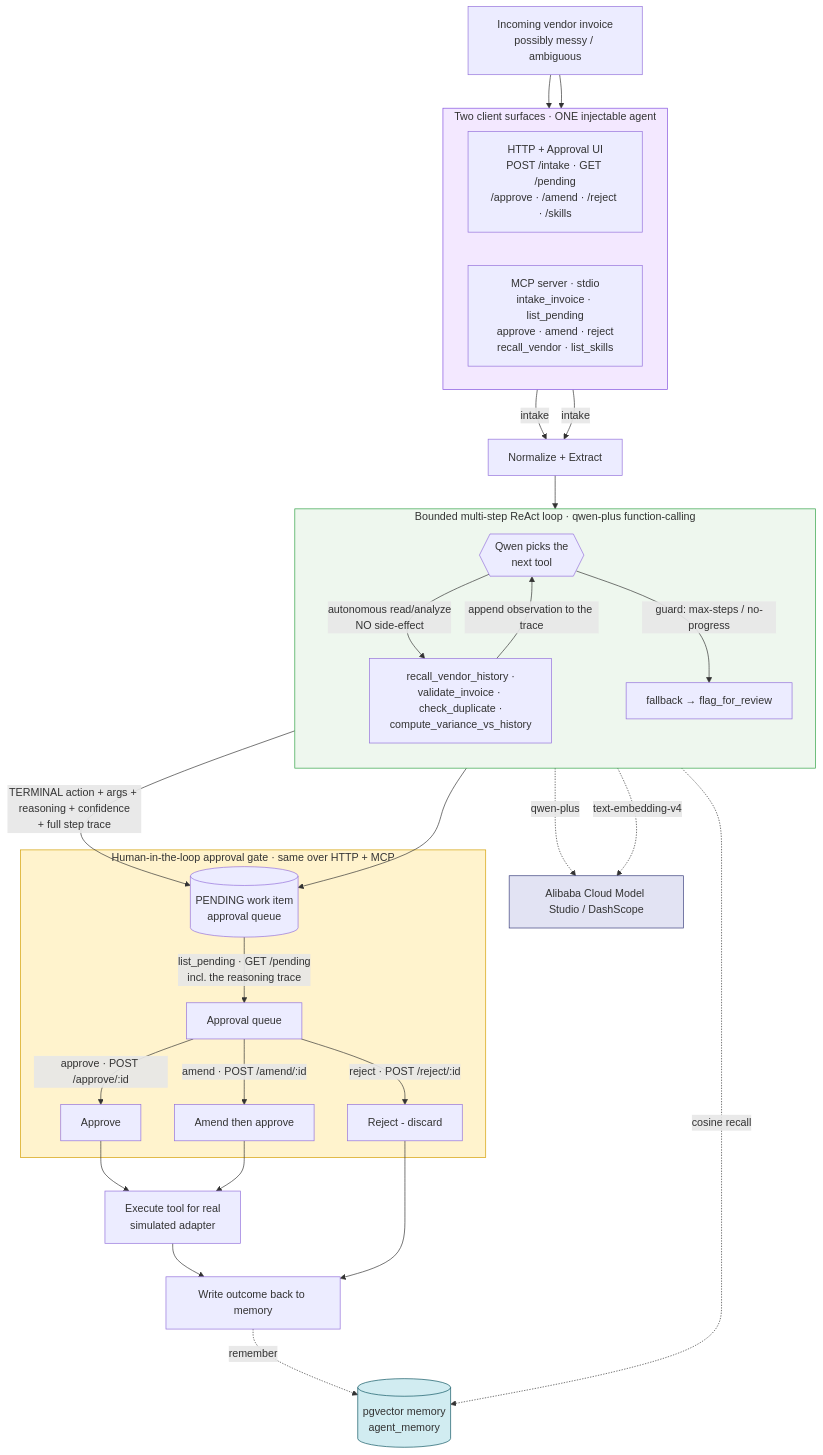
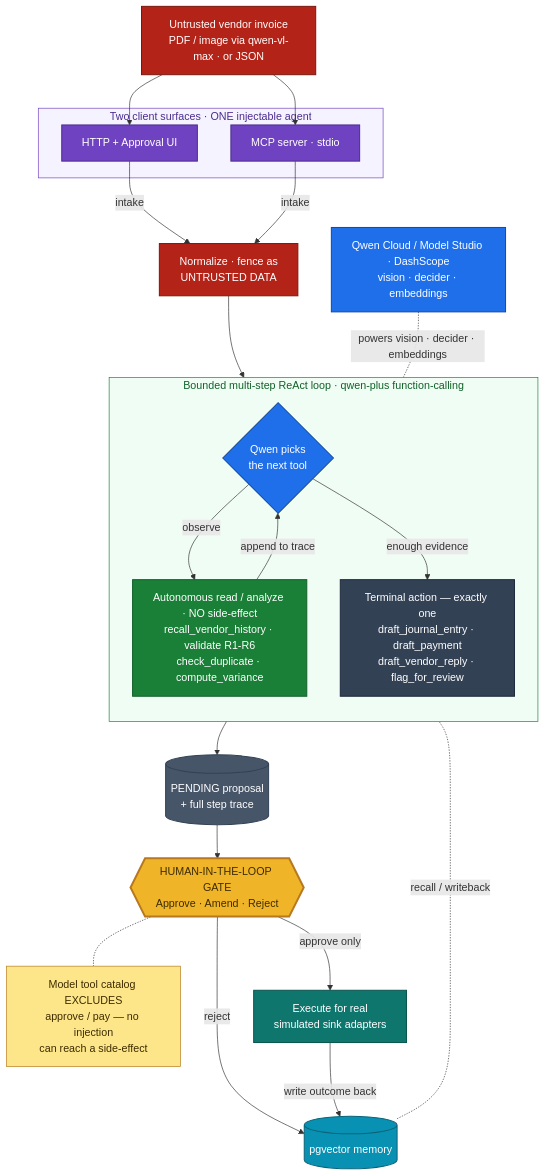
The diagram in README.md (upgradedev/archon-qwen-autopilot), drawn with Mermaid before and after one commit. The commit also changed other lines of this file and 3 other files, not shown here.

First line of the commit message:
docs(readme): redesign architecture diagram for contrast, legibility, no overlaps

````diff
--- a/README.md
+++ b/README.md
@@ -98,50 +102,58 @@
 ```mermaid
 flowchart TD
-    C[Incoming vendor invoice<br/>possibly messy / ambiguous]
+    IN["Untrusted vendor invoice<br/>PDF / image via qwen-vl-max &middot; or JSON"]:::untrusted
 
-    subgraph SURF [Two client surfaces · ONE injectable agent]
-      direction LR
-      HTTP[HTTP + Approval UI<br/>POST /intake · GET /pending<br/>/approve · /amend · /reject · /skills]
-      MCP[MCP server · stdio<br/>intake_invoice · list_pending<br/>approve · amend · reject<br/>recall_vendor · list_skills]
+    subgraph SURF["Two client surfaces &middot; ONE injectable agent"]
+      HTTP["HTTP + Approval UI"]:::surface
+      MCP["MCP server &middot; stdio"]:::surface
     end
 
-    C --> HTTP
-    C --> MCP
-    HTTP -->|intake| N[Normalize + Extract]
-    MCP -->|intake| N
+    NORM["Normalize &middot; fence as<br/>UNTRUSTED DATA"]:::untrusted
 
-    subgraph LOOP [Bounded multi-step ReAct loop · qwen-plus function-calling]
+    subgraph LOOP["Bounded multi-step ReAct loop &middot; qwen-plus function-calling"]
       direction TB
-      D{{Qwen picks the<br/>next tool}}
-      D -->|autonomous read/analyze<br/>NO side-effect| T[recall_vendor_history ·<br/>validate_invoice · check_duplicate ·<br/>compute_variance_vs_history]
-      T -->|append observation to the trace| D
-      D -->|guard: max-steps / no-progress| G[fallback → flag_for_review]
+      DEC{"Qwen picks<br/>the next tool"}:::ai
+      READ["Autonomous read / analyze &middot; NO side-effect<br/>recall_vendor_history &middot; validate R1-R6<br/>check_duplicate &middot; compute_variance"]:::auto
+      TERM["Terminal action &mdash; exactly one<br/>draft_journal_entry &middot; draft_payment<br/>draft_vendor_reply &middot; flag_for_review"]:::terminal
+      DEC -->|observe| READ
+      READ -->|append to trace| DEC
+      DEC -->|enough evidence| TERM
     end
 
-    N --> D
-    D -->|TERMINAL action + args + reasoning + confidence<br/>+ full step trace| P[(PENDING work item<br/>approval queue)]
-    G --> P
+    PEND[("PENDING proposal<br/>+ full step trace")]:::pending
+    GATE{{"HUMAN-IN-THE-LOOP GATE<br/>Approve &middot; Amend &middot; Reject"}}:::gate
+    NOTE["Model tool catalog EXCLUDES<br/>approve / pay &mdash; no injection<br/>can reach a side-effect"]:::guard
+    EXE["Execute for real<br/>simulated sink adapters"]:::exec
 
-    subgraph HITL [Human-in-the-loop approval gate · same over HTTP + MCP]
-      P -->|list_pending · GET /pending<br/>incl. the reasoning trace| Q[Approval queue]
-      Q -->|approve · POST /approve/:id| A[Approve]
-      Q -->|amend · POST /amend/:id| M[Amend then approve]
-      Q -->|reject · POST /reject/:id| X[Reject - discard]
-    end
+    MEM[("pgvector memory")]:::memory
+    QWEN["Qwen Cloud / Model Studio &middot; DashScope<br/>vision &middot; decider &middot; embeddings"]:::ai
 
-    A --> E[Execute tool for real<br/>simulated adapter]
-    M --> E
-    E --> W[Write outcome back to memory]
-    X --> W
+    IN --> HTTP
+    IN --> MCP
+    HTTP -->|intake| NORM
+    MCP -->|intake| NORM
+    NORM --> DEC
+    TERM --> PEND
+    PEND --> GATE
+    GATE -->|approve only| EXE
+    GATE -->|reject| MEM
+    EXE -->|write outcome back| MEM
+    GATE -.- NOTE
 
-    T -. cosine recall .-> MEM[(pgvector memory<br/>agent_memory)]
-    W -. remember .-> MEM
-    D -. qwen-plus .-> QWEN[Alibaba Cloud Model Studio / DashScope]
-    T -. text-embedding-v4 .-> QWEN
+    MEM -. recall / writeback .- READ
+    QWEN -. powers vision &middot; decider &middot; embeddings .- LOOP
 
-    style SURF fill:#f3e8ff,stroke:#8250df
-    style LOOP fill:#eef7ee,stroke:#2ea043
-    style HITL fill:#fff3cd,stroke:#d39e00
-    style MEM fill:#d1ecf1,stroke:#0c5460
-    style QWEN fill:#e2e3f3,stroke:#383d7c
+    classDef untrusted fill:#b42318,stroke:#7a1710,stroke-width:1.5px,color:#ffffff;
+    classDef surface fill:#6f42c1,stroke:#4c2d8f,stroke-width:1.5px,color:#ffffff;
+    classDef ai fill:#1f6feb,stroke:#134a9e,stroke-width:1.5px,color:#ffffff;
+    classDef auto fill:#1a7f37,stroke:#116029,stroke-width:1.5px,color:#ffffff;
+    classDef terminal fill:#334155,stroke:#1e293b,stroke-width:1.5px,color:#ffffff;
+    classDef pending fill:#475569,stroke:#334155,stroke-width:1.5px,color:#ffffff;
+    classDef gate fill:#f0b429,stroke:#b7791f,stroke-width:3px,color:#3d2c00;
+    classDef guard fill:#fde68a,stroke:#b7791f,stroke-width:1px,color:#3d2c00;
+    classDef exec fill:#0f766e,stroke:#0b544e,stroke-width:1.5px,color:#ffffff;
+    classDef memory fill:#0891b2,stroke:#0b647a,stroke-width:1.5px,color:#ffffff;
+
+    style SURF fill:#f5f3ff,stroke:#6f42c1,color:#4c2d8f;
+    style LOOP fill:#f0fdf4,stroke:#1a7f37,color:#116029;
 ```
````
